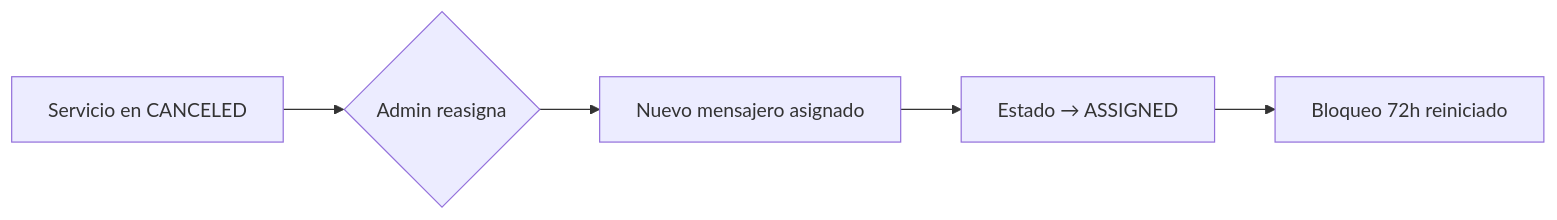
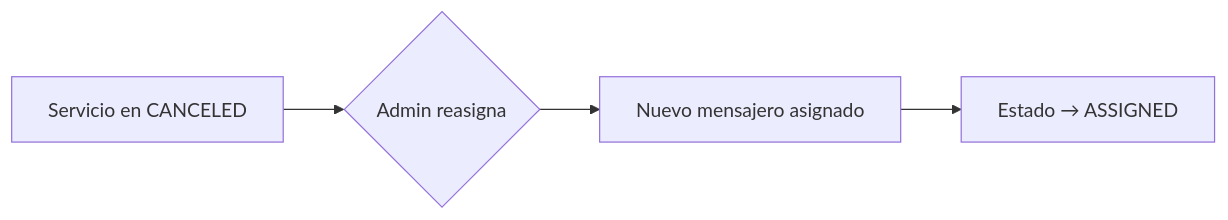
The fourth of 4 diagrams in README.es.md (fttmatteo/messenger-backend), drawn with Mermaid before and after one commit. The commit also changed other lines of this file and 1 other file, not shown here.

Commit message:
docs: enhance README with updated architecture and state flow diagrams, new API endpoints, and technology details.

````diff
--- a/README.es.md
+++ b/README.es.md
@@ -505,7 +547,6 @@
 ```mermaid
 flowchart LR
     A[Servicio en CANCELED] --> B{Admin reasigna}
     B --> C[Nuevo mensajero asignado]
     C --> D[Estado → ASSIGNED]
-    D --> E[Bloqueo 72h reiniciado]
 ```
````
